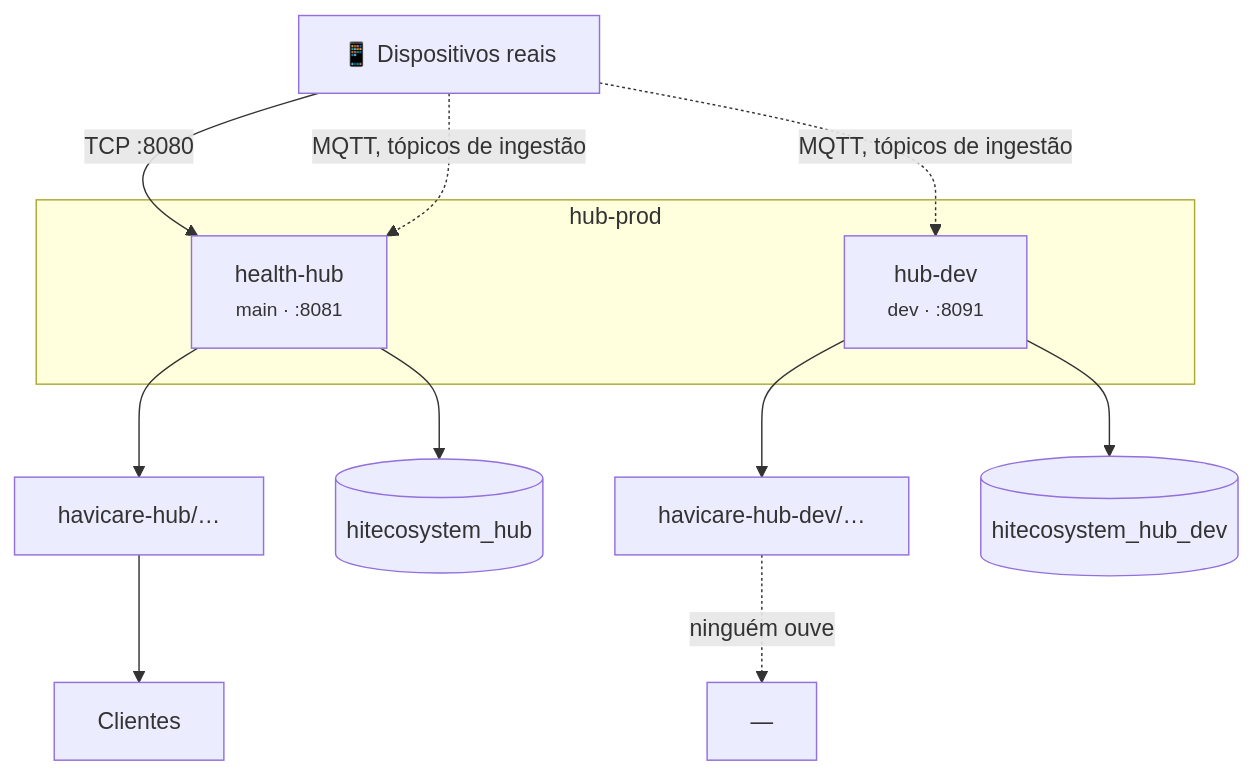
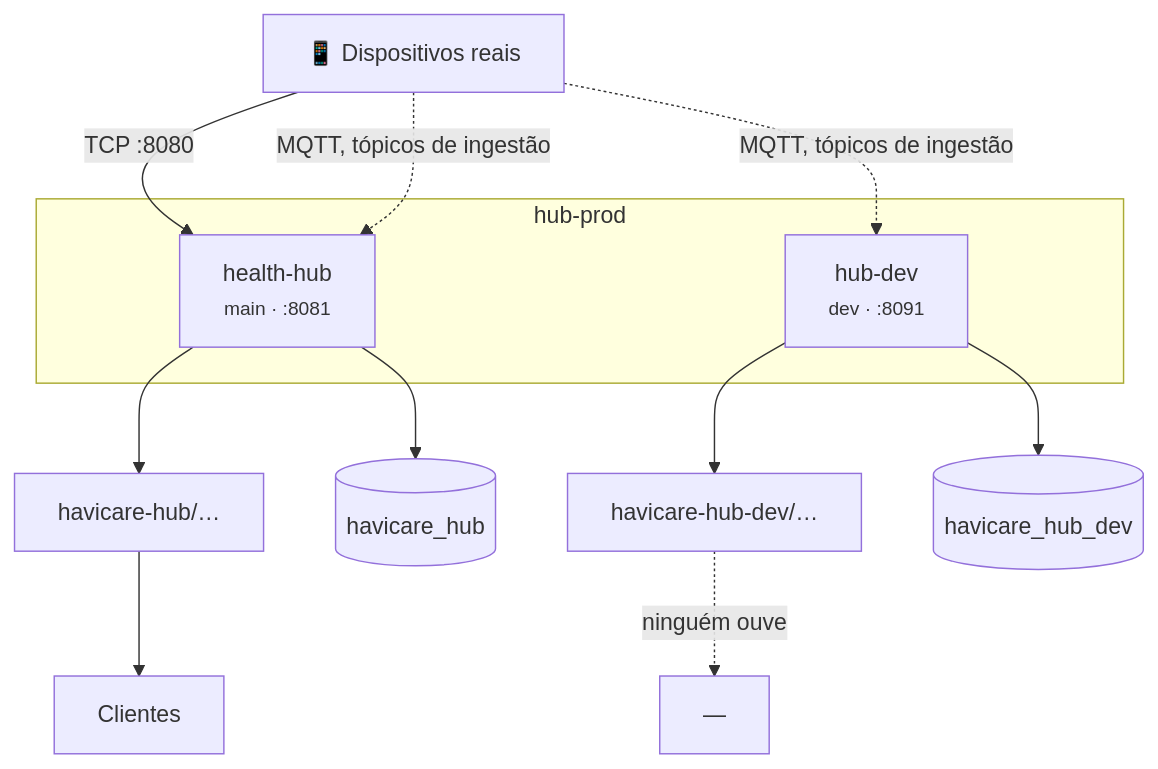
The diagram in docs/15-operacao.md (hvieira512/havicare-hub), drawn with Mermaid before and after one commit. The commit also changed other lines of this file and 16 other files, not shown here.

````diff
--- a/docs/15-operacao.md
+++ b/docs/15-operacao.md
@@ -31,18 +31,18 @@
 ```mermaid
 flowchart TB
   D["📱 Dispositivos reais"] -->|TCP :8080| P
   D -.->|MQTT, tópicos de ingestão| P
   D -.->|MQTT, tópicos de ingestão| V
 
   subgraph maq["hub-prod"]
     P["health-hub<br/><small>main · :8081</small>"]
     V["hub-dev<br/><small>dev · :8091</small>"]
   end
 
   P --> PB["havicare-hub/…"]
   V --> VB["havicare-hub-dev/…"]
-  P --> PD[("hitecosystem_hub")]
-  V --> VD[("hitecosystem_hub_dev")]
+  P --> PD[("havicare_hub")]
+  V --> VD[("havicare_hub_dev")]
   PB --> C["Clientes"]
   VB -.->|ninguém ouve| X["—"]
 ```
````
